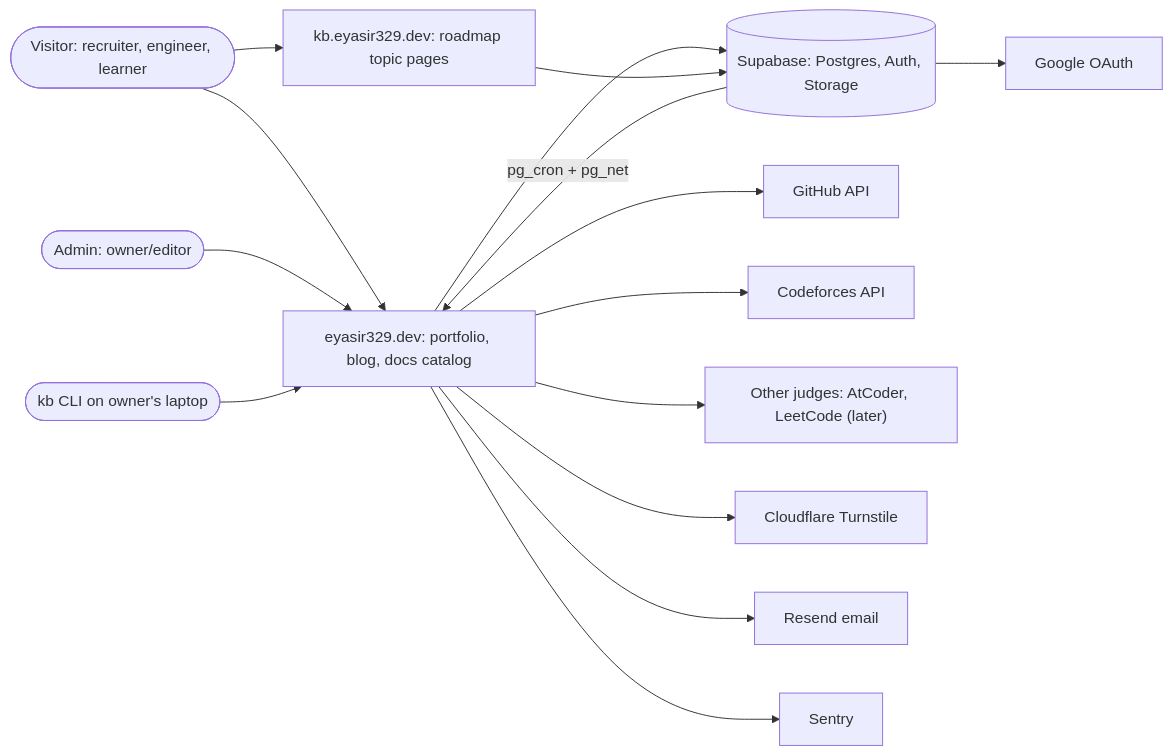
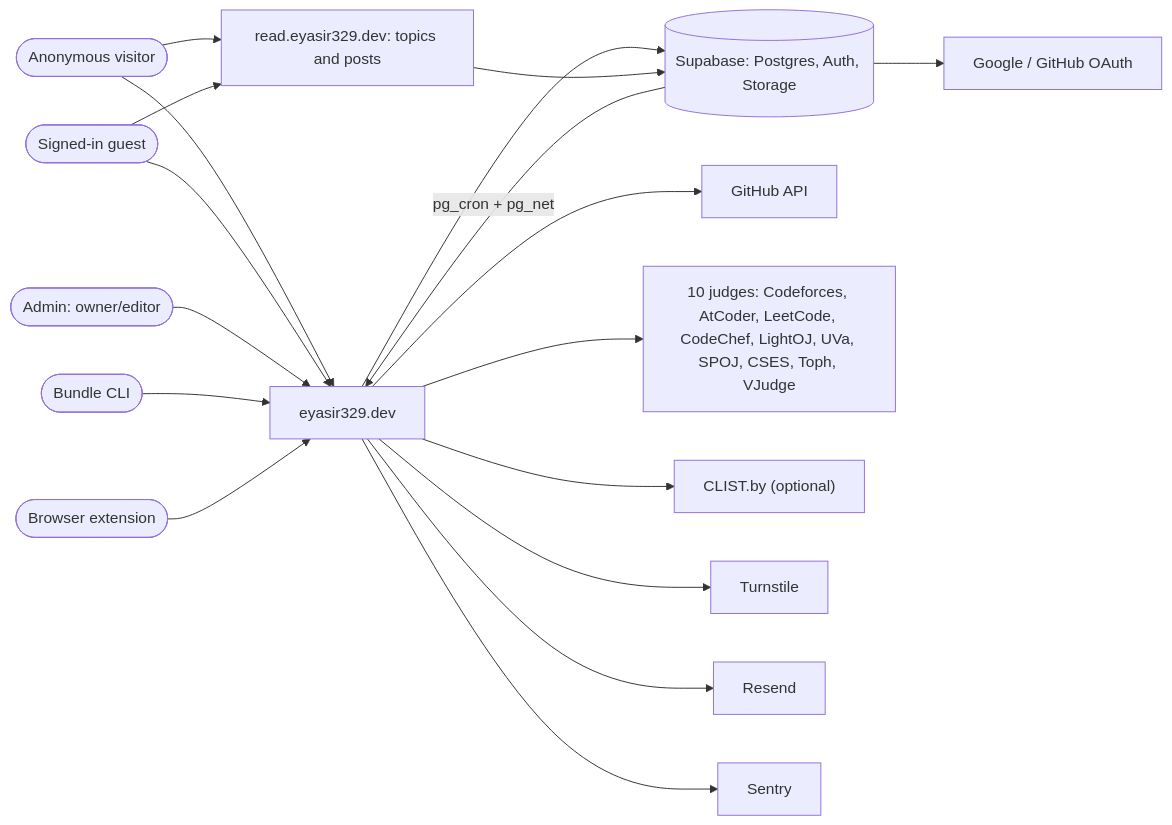
Before and after one commit to eyasir329/portfolio: the first of 6 diagrams in docs/06-system-architecture.md, drawn with Mermaid. The commit also changed other lines of this file and 25 other files, not shown here.

First line of the commit message:
docs: revise plan to 0.2 for HTML blog, guest accounts and 10-judge CP tracking

````diff
--- a/docs/06-system-architecture.md
+++ b/docs/06-system-architecture.md
@@ -16,17 +23,20 @@
 ```mermaid
 flowchart LR
-  V(["Visitor: recruiter, engineer, learner"]) --> SITE["eyasir329.dev: portfolio, blog, docs catalog"]
-  V --> KB["kb.eyasir329.dev: roadmap topic pages"]
+  V(["Anonymous visitor"]) --> SITE["eyasir329.dev"]
+  V --> READ["read.eyasir329.dev: topics and posts"]
+  GU(["Signed-in guest"]) --> SITE
+  GU --> READ
   AD(["Admin: owner/editor"]) --> SITE
-  CLI(["kb CLI on owner's laptop"]) --> SITE
+  CLI(["Bundle CLI"]) --> SITE
+  EXT(["Browser extension"]) --> SITE
   SITE --> SB[("Supabase: Postgres, Auth, Storage")]
-  KB --> SB
+  READ --> SB
+  SB --> IDP["Google / GitHub OAuth"]
   SITE --> GH["GitHub API"]
-  SITE --> CF["Codeforces API"]
-  SITE --> OJ["Other judges: AtCoder, LeetCode (later)"]
-  SB --> GO["Google OAuth"]
-  SITE --> TS["Cloudflare Turnstile"]
-  SITE --> RS["Resend email"]
+  SITE --> JUD["10 judges: Codeforces, AtCoder, LeetCode, CodeChef, LightOJ, UVa, SPOJ, CSES, Toph, VJudge"]
+  SITE --> CLS["CLIST.by (optional)"]
+  SITE --> TS["Turnstile"]
+  SITE --> RS["Resend"]
   SITE --> SE["Sentry"]
   SB -- "pg_cron + pg_net" --> SITE
 ```
````
